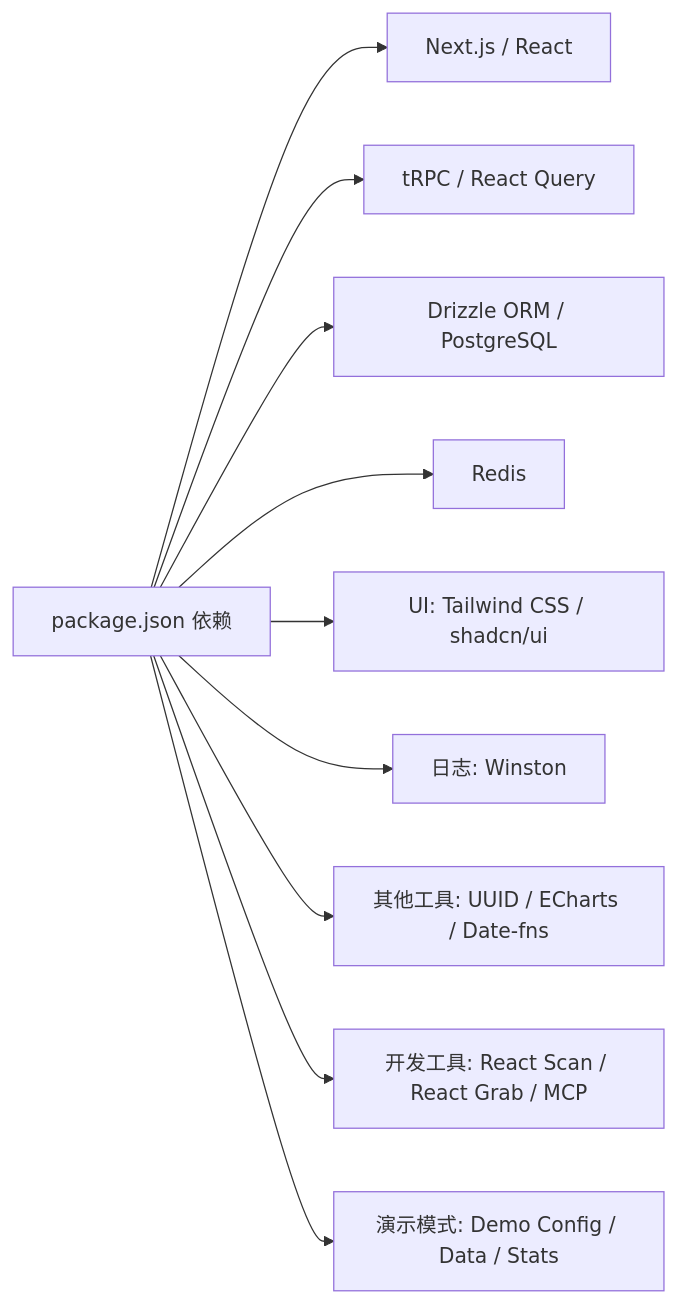
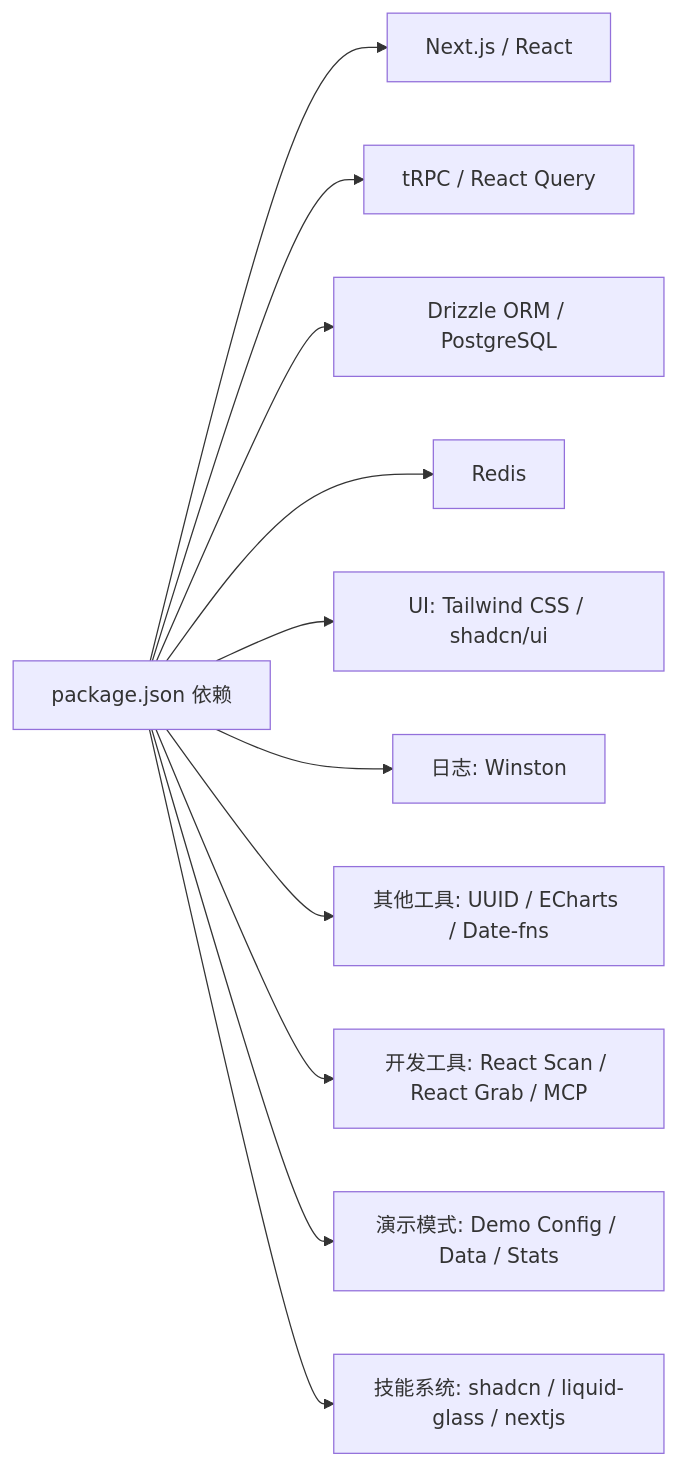
One commit to RadiumAg/AIGate changed the third of 3 diagrams in .qoder/repowiki/zh/content/开发指南/开发指南.md. Above: the diagram before and after it, drawn with Mermaid. The commit also changed other lines of this file and 5 other files, not shown here.

````diff
--- a/.qoder/repowiki/zh/content/开发指南/开发指南.md
+++ b/.qoder/repowiki/zh/content/开发指南/开发指南.md
@@ -470,12 +588,13 @@
 ```mermaid
 graph LR
 P["package.json 依赖"] --> N["Next.js / React"]
 P --> T["tRPC / React Query"]
 P --> D["Drizzle ORM / PostgreSQL"]
 P --> R["Redis"]
 P --> U["UI: Tailwind CSS / shadcn/ui"]
 P --> L["日志: Winston"]
 P --> O["其他工具: UUID / ECharts / Date-fns"]
 P --> DEV["开发工具: React Scan / React Grab / MCP"]
 P --> DEMO["演示模式: Demo Config / Data / Stats"]
+P --> SKILLS["技能系统: shadcn / liquid-glass / nextjs"]
 ```
````
